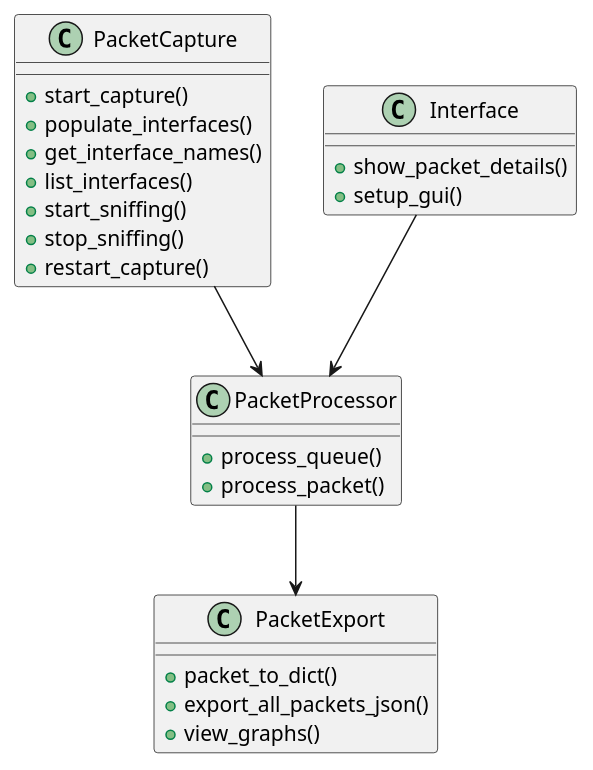
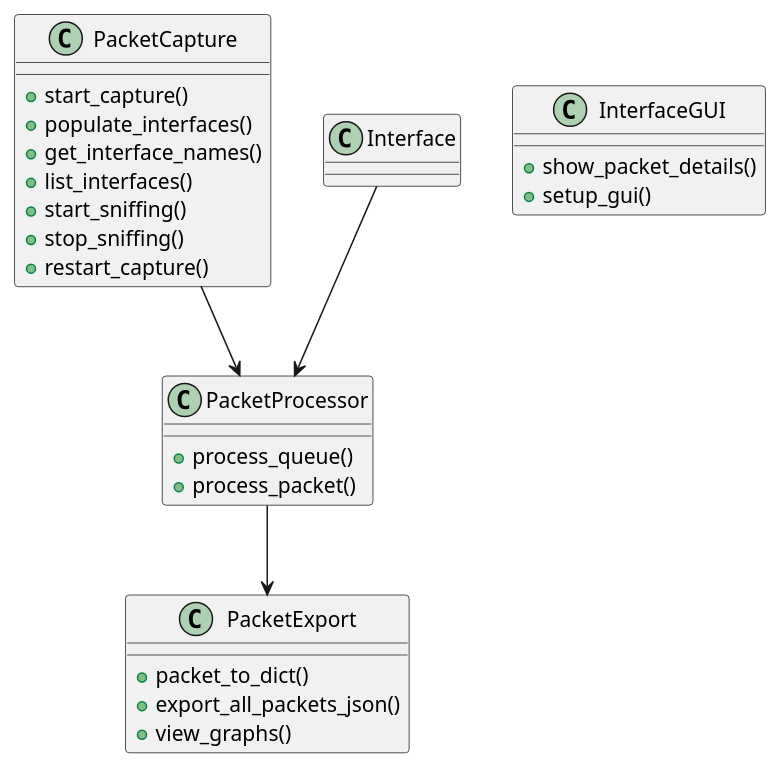
The diagram in PacketSniffer/diagram.puml (TudorDamian/Pregatire-Licenta), drawn with PlantUML before and after one commit. The commit also changed 3 other files, not shown here.

```diff
--- a/PacketSniffer/diagram.puml
+++ b/PacketSniffer/diagram.puml
@@ -1,33 +1,33 @@
 @startuml
 
 class PacketCapture {
     +start_capture()
     +populate_interfaces()
     +get_interface_names()
     +list_interfaces()
     +start_sniffing()
     +stop_sniffing()
     +restart_capture()
 }
 
 class PacketProcessor {
     +process_queue()
     +process_packet()
 }
 
 class PacketExport {
     +packet_to_dict()
     +export_all_packets_json()
     +view_graphs()
 }
 
-class Interface {
+class InterfaceGUI{
     +show_packet_details()
     +setup_gui()
 }
 
 PacketCapture --> PacketProcessor
 PacketProcessor --> PacketExport
 Interface --> PacketProcessor
 
 @enduml
```
